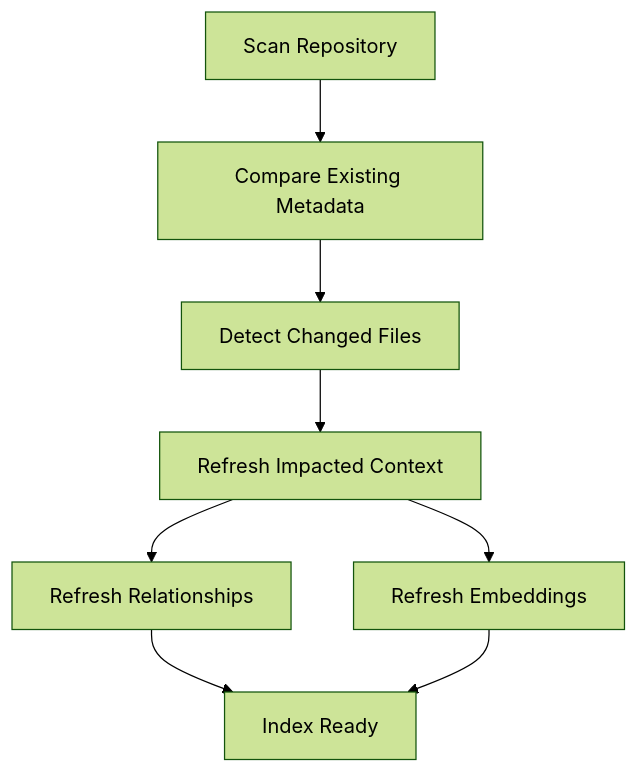
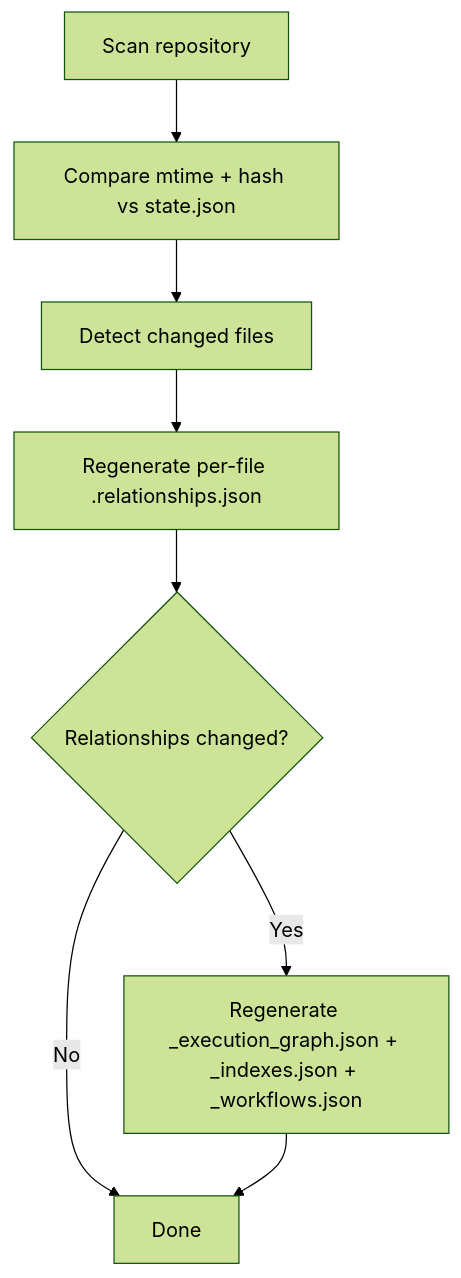
The fourth of 5 diagrams in architecture/diagrams/system-architecture.md (Onkar-Mane/enterprise-engineering-intelligence), drawn with Mermaid (forest theme) before and after one commit. The commit also changed other lines of this file, not shown here.

Commit message:
docs(diagrams): rewrite system architecture diagrams for Phase 1 + MCP architecture  Replace stale "Context Registry" diagrams with 5 accurate Mermaid diagrams covering the query flow, hybrid retrieval priority, scanner output, incremental indexing, and execution chain layer model

````diff
--- a/architecture/diagrams/system-architecture.md
+++ b/architecture/diagrams/system-architecture.md
@@ -41,10 +79,10 @@
 ```mermaid
 flowchart TD
-    A[Scan Repository] --> B[Compare Existing Metadata]
-    B --> C[Detect Changed Files]
-    C --> D[Refresh Impacted Context]
-    D --> E[Refresh Relationships]
-    D --> F[Refresh Embeddings]
-    E --> G[Index Ready]
+    A[Scan repository] --> B[Compare mtime + hash vs state.json]
+    B --> C[Detect changed files]
+    C --> D[Regenerate per-file .relationships.json]
+    D --> E{Relationships changed?}
+    E -->|Yes| F[Regenerate _execution_graph.json + _indexes.json + _workflows.json]
+    E -->|No| G[Done]
     F --> G
 ```
````
